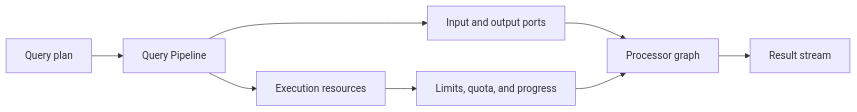
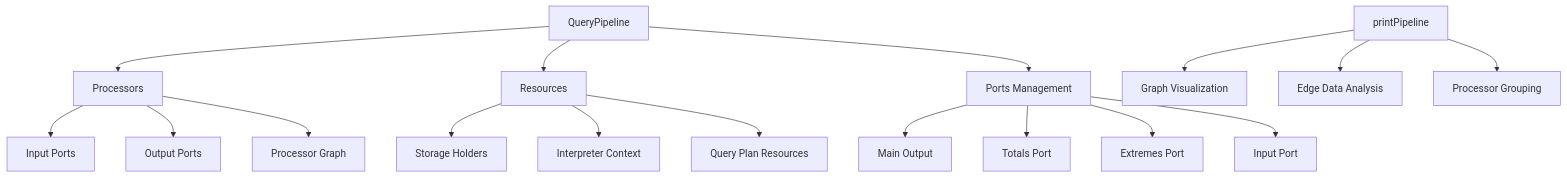
The diagram in skill/references/few-shots/clickhouse-query-pipeline.md (oOSomnus/RepoWiki), drawn with Mermaid before and after one commit. The commit also changed other lines of this file and 26 other files, not shown here.

````diff
--- a/skill/references/few-shots/clickhouse-query-pipeline.md
+++ b/skill/references/few-shots/clickhouse-query-pipeline.md
@@ -6,10 +34,23 @@
 ```mermaid
-flowchart LR
-    Query[Query plan] --> Pipeline[Query Pipeline]
-    Pipeline --> Ports[Input and output ports]
-    Pipeline --> Resources[Execution resources]
-    Ports --> Processors[Processor graph]
-    Processors --> Result[Result stream]
-    Resources --> Limits[Limits, quota, and progress]
-    Limits --> Processors
+graph TD
+    A[QueryPipeline] --> B[Processors]
+    A --> C[Resources]
+    A --> D[Ports Management]
+    
+    B --> E[Input Ports]
+    B --> F[Output Ports]
+    B --> G[Processor Graph]
+    
+    D --> H[Main Output]
+    D --> I[Totals Port]
+    D --> J[Extremes Port]
+    D --> K[Input Port]
+    
+    C --> L[Storage Holders]
+    C --> M[Interpreter Context]
+    C --> N[Query Plan Resources]
+    
+    O[printPipeline] --> P[Graph Visualization]
+    O --> Q[Edge Data Analysis]
+    O --> R[Processor Grouping]
 ```
````
